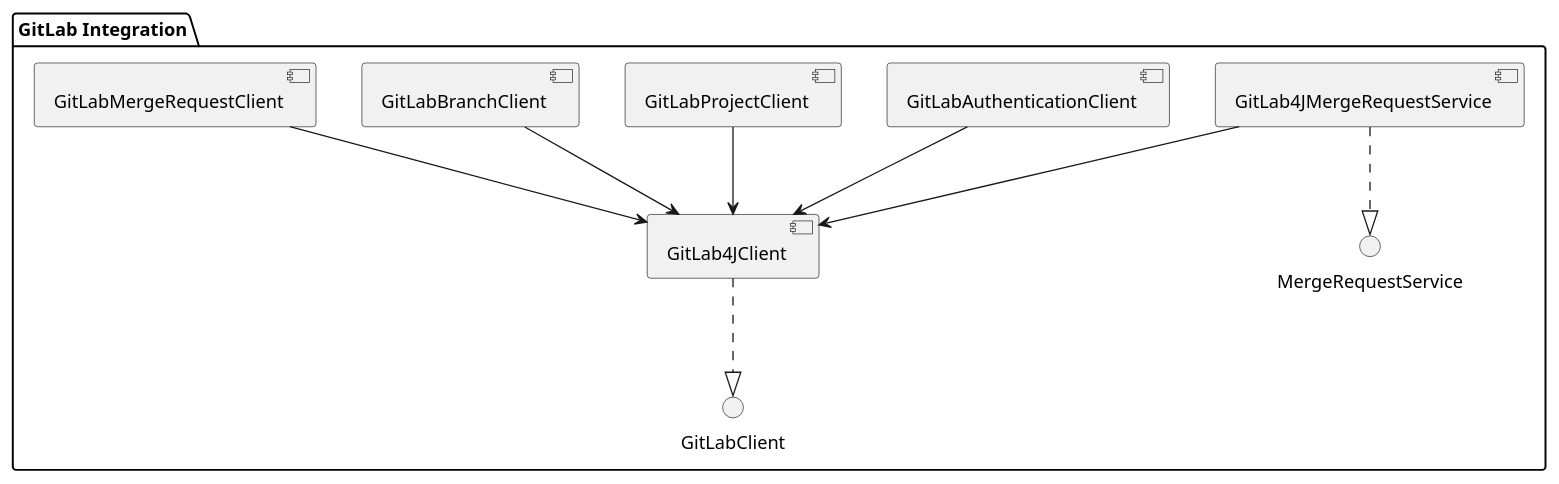
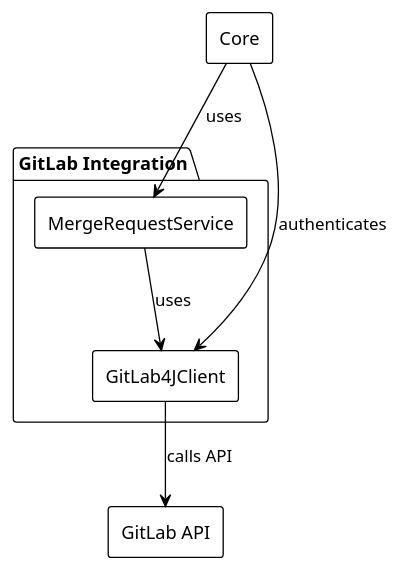
The fifth of 11 diagrams in docs/architecture.md (GalushkoArt/gitlab-mr-conflict-detector), drawn with PlantUML before and after one commit. The commit also changed other lines of this file and 1 other file, not shown here.

````diff
--- a/docs/architecture.md
+++ b/docs/architecture.md
@@ -75,18 +124,19 @@
 ```plantuml
 @startuml
+!theme plain
+skinparam componentStyle rectangle
+
 package "GitLab Integration" {
-  interface "GitLabClient" as GLC
-  interface "MergeRequestService" as MRS
-  
-  [GitLab4JClient] ..|> GLC
-  [GitLab4JMergeRequestService] ..|> MRS
-  
-  [GitLab4JMergeRequestService] --> [GitLab4JClient]
-  
-  [GitLabAuthenticationClient] --> [GitLab4JClient]
-  [GitLabProjectClient] --> [GitLab4JClient]
-  [GitLabBranchClient] --> [GitLab4JClient]
-  [GitLabMergeRequestClient] --> [GitLab4JClient]
+  [GitLab4JClient] as Client
+  [MergeRequestService] as MRService
 }
+
+[GitLab API] as GitLabAPI
+[Core] as Core
+
+Core --> Client : authenticates
+Client --> GitLabAPI : calls API
+MRService --> Client : uses
+Core --> MRService : uses
 @enduml
 ```
````
